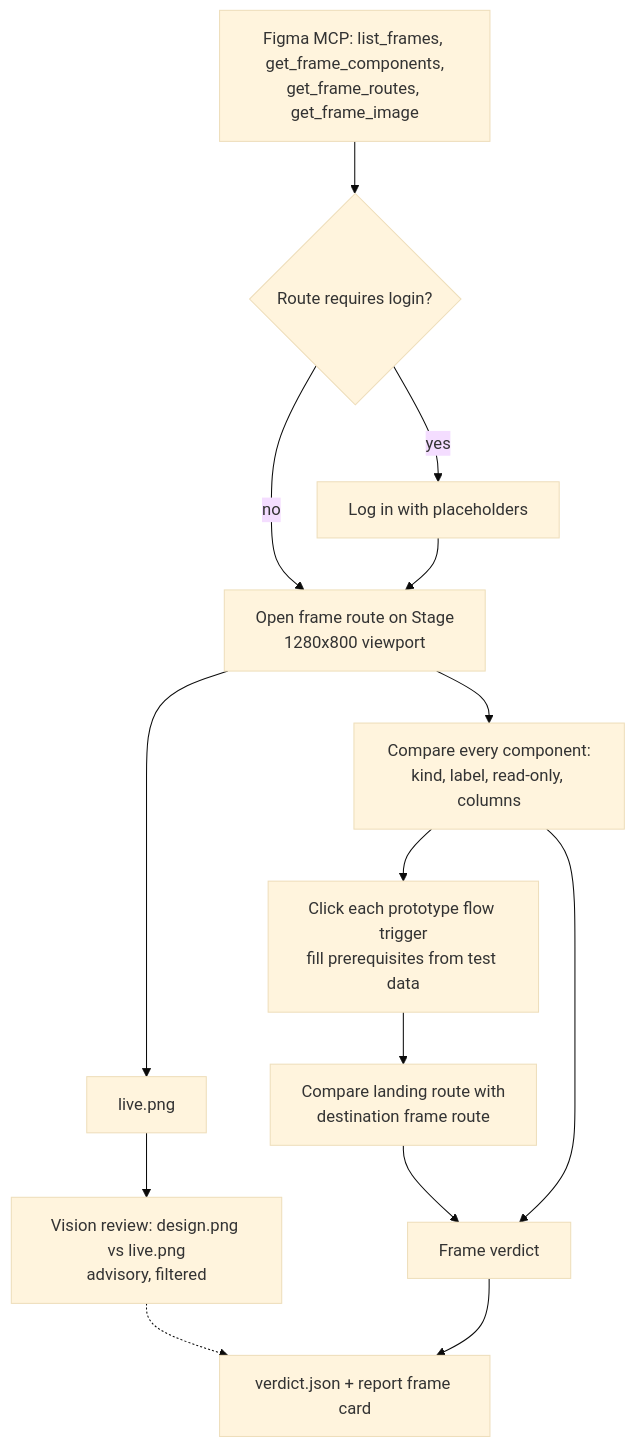
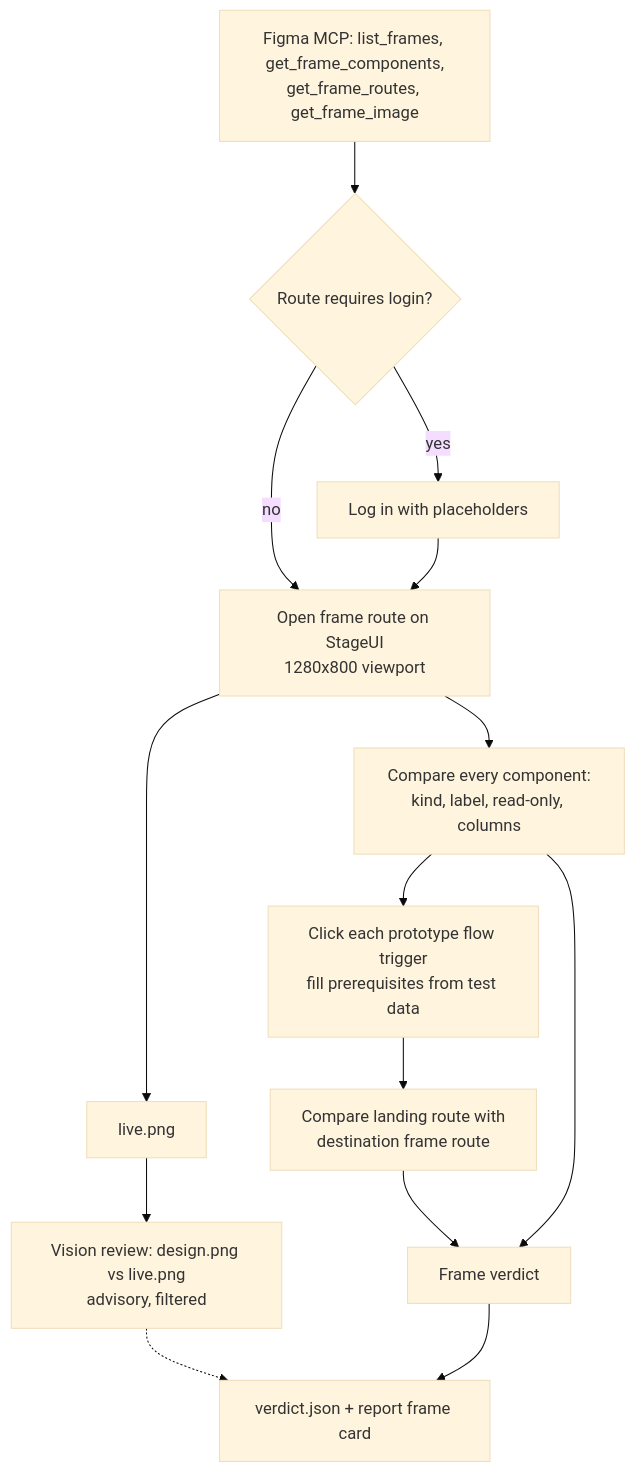
The second of 4 diagrams in docs/architecture/architecture.md (vivekk1010/PRUX-assurance-agent), drawn with Mermaid (base theme) before and after one commit. The commit also changed other lines of this file and 40 other files, not shown here.

````diff
--- a/docs/architecture/architecture.md
+++ b/docs/architecture/architecture.md
@@ -68,16 +68,16 @@
 ```mermaid
 flowchart TD
     A[Figma MCP: list_frames, get_frame_components,<br/>get_frame_routes, get_frame_image] --> B{Route requires login?}
     B -- yes --> C[Log in with placeholders]
     B -- no --> D
-    C --> D[Open frame route on Stage<br/>1280x800 viewport]
+    C --> D[Open frame route on StageUI<br/>1280x800 viewport]
     D --> E[live.png]
     D --> F[Compare every component:<br/>kind, label, read-only, columns]
     F --> G[Click each prototype flow trigger<br/>fill prerequisites from test data]
     G --> H[Compare landing route with<br/>destination frame route]
     E --> I[Vision review: design.png vs live.png<br/>advisory, filtered]
     H --> J[Frame verdict]
     F --> J
     I -.-> K
     J --> K[verdict.json + report frame card]
 ```
````
